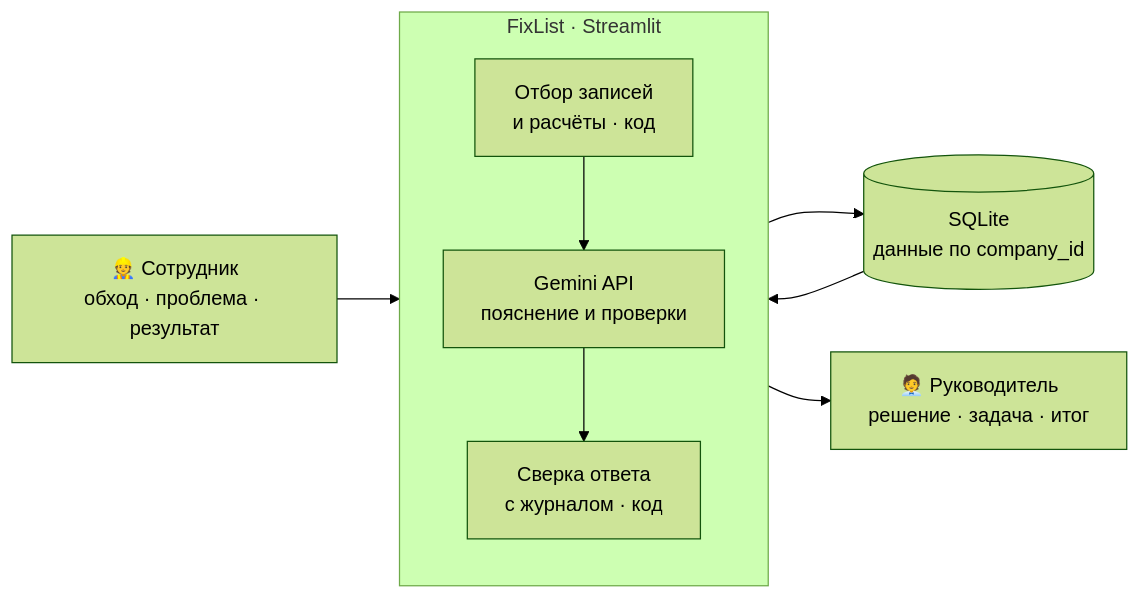
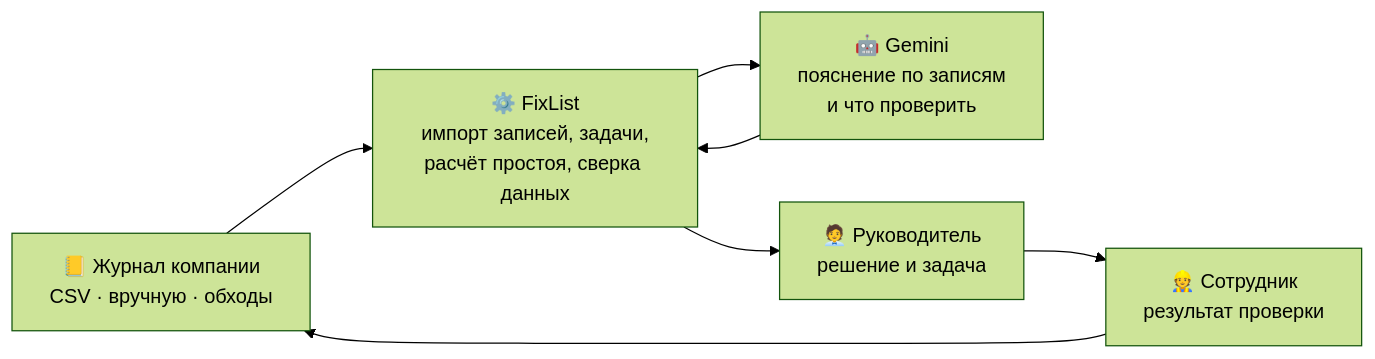
One commit to ERA216/FixList changed the diagram in README.md. Above: the diagram before and after it, drawn with Mermaid (forest theme). The commit also changed other lines of this file and 9 other files, not shown here.

````diff
--- a/README.md
+++ b/README.md
@@ -192,12 +110,9 @@
 ```mermaid
 flowchart LR
-    W["👷 Сотрудник<br/>обход · проблема · результат"] --> APP
-    subgraph APP["FixList · Streamlit"]
-        direction TB
-        X["Отбор записей<br/>и расчёты · код"] --> G["Gemini API<br/>пояснение и проверки"]
-        G --> V["Сверка ответа<br/>с журналом · код"]
-    end
-    APP --> DB[("SQLite<br/>данные по company_id")]
-    DB --> APP
-    APP --> A["🧑‍💼 Руководитель<br/>решение · задача · итог"]
+    J["📒 Журнал компании<br/>CSV · вручную · обходы"] --> F["⚙️ FixList<br/>импорт записей, задачи,<br/>расчёт простоя, сверка данных"]
+    F --> G["🤖 Gemini<br/>пояснение по записям<br/>и что проверить"]
+    G --> F
+    F --> R["🧑‍💼 Руководитель<br/>решение и задача"]
+    R --> W["👷 Сотрудник<br/>результат проверки"]
+    W --> J
 ```
````
